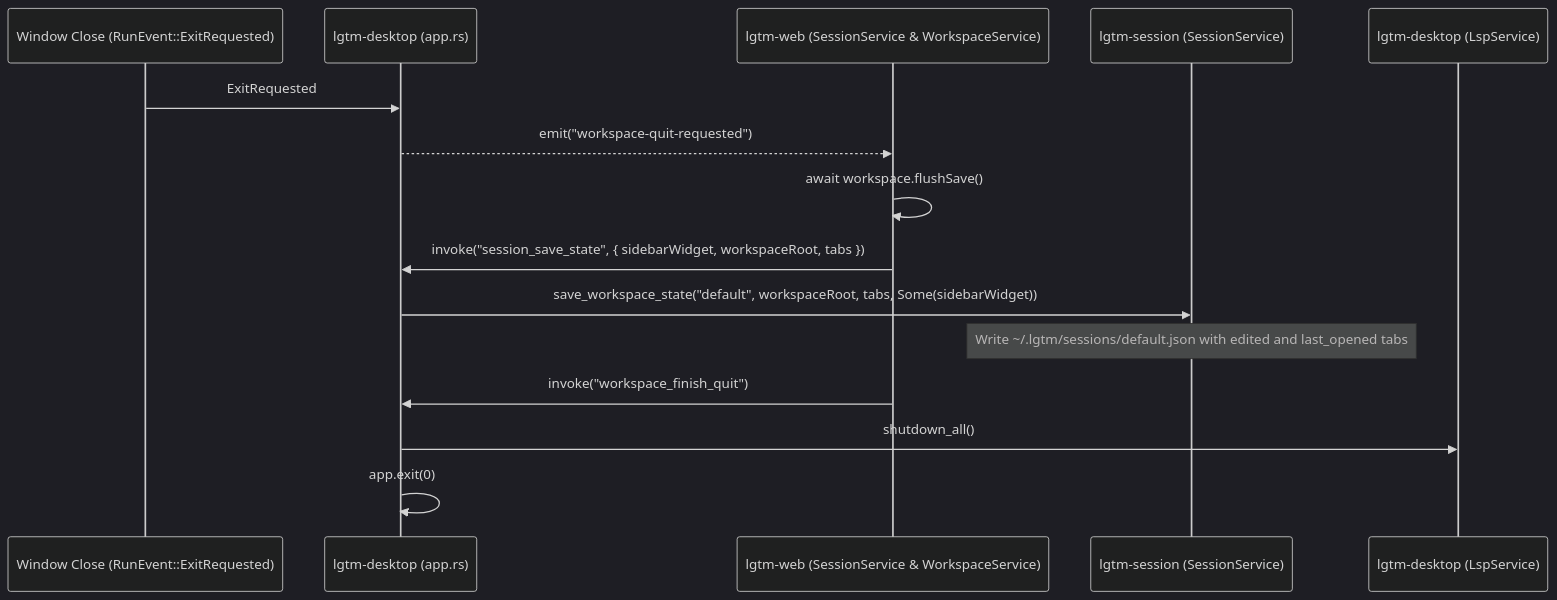
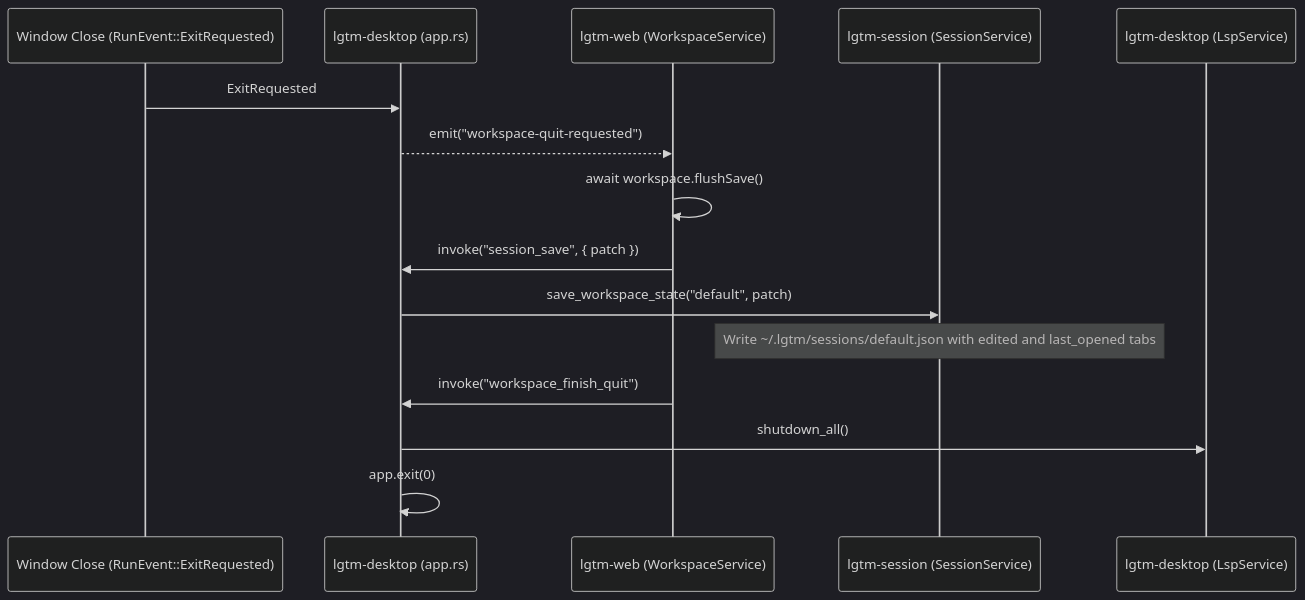
The fourth of 5 diagrams in docs/architecture/desktop/projects.md (difflab-io/lgtm), drawn with Mermaid (dark theme) before and after one commit. The commit also changed other lines of this file and 33 other files, not shown here.

````diff
--- a/docs/architecture/desktop/projects.md
+++ b/docs/architecture/desktop/projects.md
@@ -132,18 +133,18 @@
 ```mermaid
 sequenceDiagram
     participant OS as Window Close (RunEvent::ExitRequested)
     participant Host as lgtm-desktop (app.rs)
-    participant UI as lgtm-web (SessionService & WorkspaceService)
+    participant UI as lgtm-web (WorkspaceService)
     participant Sess as lgtm-session (SessionService)
     participant Lsp as lgtm-desktop (LspService)
 
     OS->>Host: ExitRequested
     Host-->>UI: emit("workspace-quit-requested")
     UI->>UI: await workspace.flushSave()
-    UI->>Host: invoke("session_save_state", { sidebarWidget, workspaceRoot, tabs })
-    Host->>Sess: save_workspace_state("default", workspaceRoot, tabs, Some(sidebarWidget))
+    UI->>Host: invoke("session_save", { patch })
+    Host->>Sess: save_workspace_state("default", patch)
     Note over Sess: Write ~/.lgtm/sessions/default.json with edited and last_opened tabs
     UI->>Host: invoke("workspace_finish_quit")
     Host->>Lsp: shutdown_all()
     Host->>Host: app.exit(0)
 ```
````
